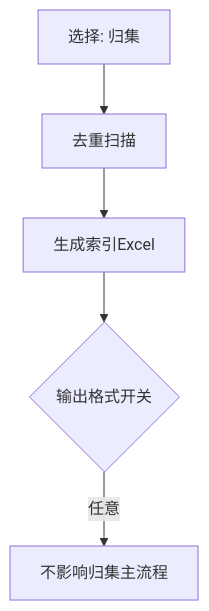
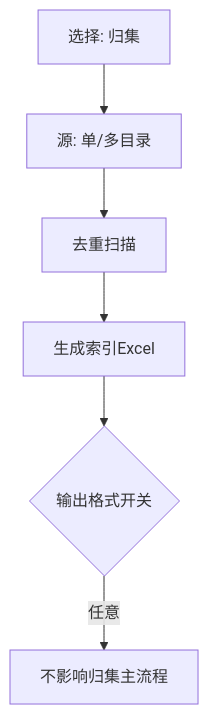
Before and after one commit to ts721521/ZhiWei2026: the sixth of 7 diagrams in 2026/使用说明书.md, drawn with Mermaid. The commit also changed other lines of this file and 10 other files, not shown here.

````diff
--- a/2026/使用说明书.md
+++ b/2026/使用说明书.md
@@ -466,7 +499,8 @@
 ```mermaid
 flowchart TD
-  A[选择: 归集] --> B[去重扫描]
+  A[选择: 归集] --> A2[源: 单/多目录]
+  A2 --> B[去重扫描]
   B --> C[生成索引Excel]
   C --> D{输出格式开关}
   D -->|任意| E[不影响归集主流程]
 ```
````
